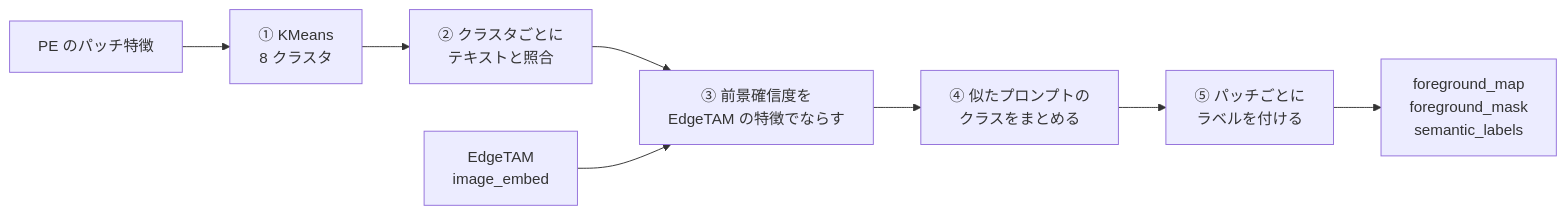
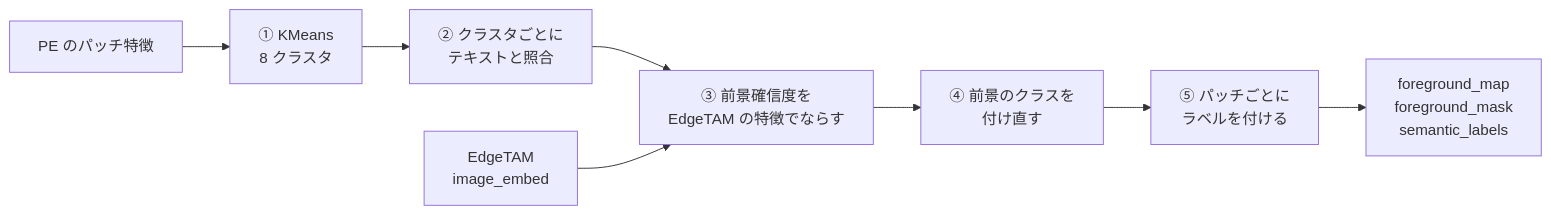
One commit to fklg-64/pe_anything_detect changed the first of 4 diagrams in docs/coarse_segmentation.md. Above: the diagram before and after it, drawn with Mermaid. The commit also changed other lines of this file and 15 other files, not shown here.

````diff
--- a/docs/coarse_segmentation.md
+++ b/docs/coarse_segmentation.md
@@ -13,10 +13,10 @@
 ```mermaid
 flowchart LR
     PE["PE のパッチ特徴"] --> K["① KMeans<br/>8 クラスタ"]
     K --> J["② クラスタごとに<br/>テキストと照合"]
     J --> P["③ 前景確信度を<br/>EdgeTAM の特徴でならす"]
     ET["EdgeTAM<br/>image_embed"] --> P
-    P --> M["④ 似たプロンプトの<br/>クラスをまとめる"]
-    M --> L["⑤ パッチごとに<br/>ラベルを付ける"]
+    P --> R["④ 前景のクラスを<br/>付け直す"]
+    R --> L["⑤ パッチごとに<br/>ラベルを付ける"]
     L --> OUT["foreground_map<br/>foreground_mask<br/>semantic_labels"]
 ```
````
